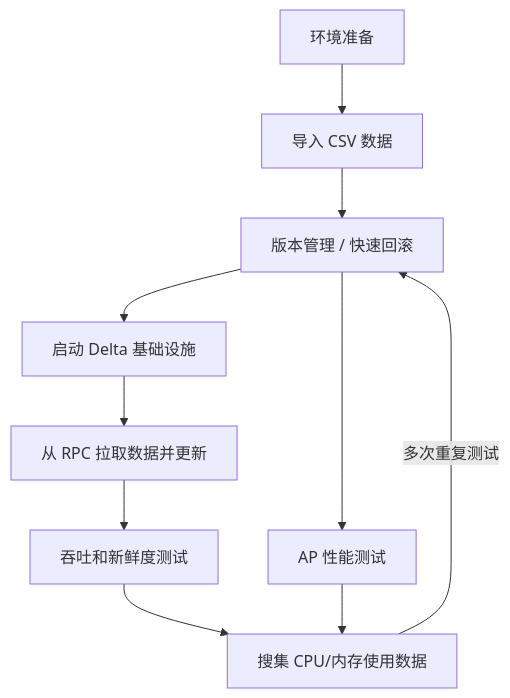
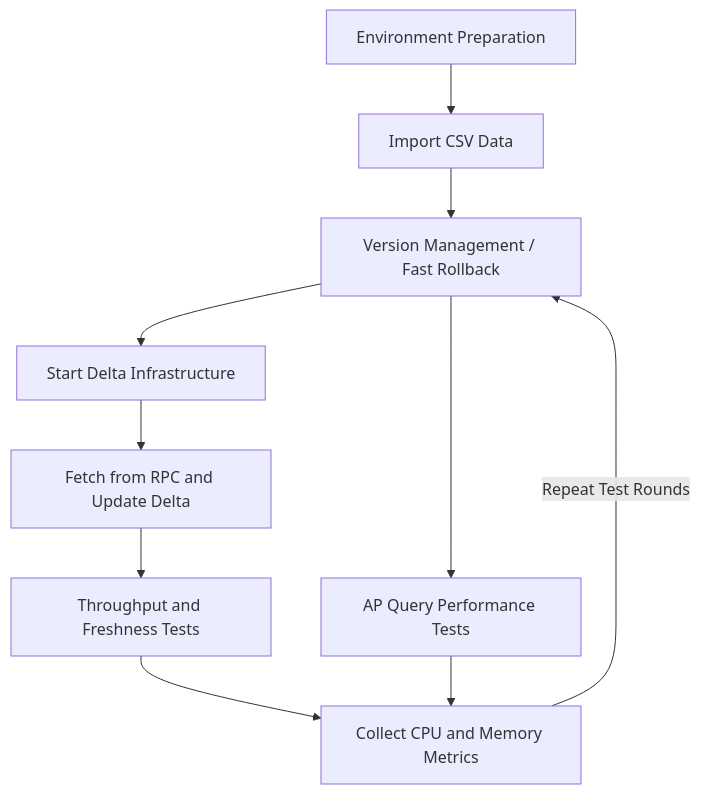
The diagram in docs/DELTA_LAKE_TEST_FLOW.md (AntiO2/pixels-spark), drawn with Mermaid before and after one commit. The commit also changed other lines of this file and 5 other files, not shown here.

````diff
--- a/docs/DELTA_LAKE_TEST_FLOW.md
+++ b/docs/DELTA_LAKE_TEST_FLOW.md
@@ -12,15 +9,14 @@
 ```mermaid
 flowchart TD
-    A[环境准备] --> C[导入 CSV 数据]
-    C --> D[版本管理 / 快速回滚]
-    D --> E[启动 Delta 基础设施]
-    E --> F[从 RPC 拉取数据并更新]
+    A[Environment Preparation] --> C[Import CSV Data]
+    C --> D[Version Management / Fast Rollback]
+    D --> E[Start Delta Infrastructure]
+    E --> F[Fetch from RPC and Update Delta]
 
-    %% 并行测试分支
-    F --> G[吞吐和新鲜度测试]
-    D --> H[AP 性能测试]
+    F --> G[Throughput and Freshness Tests]
+    D --> H[AP Query Performance Tests]
 
-    G --> I[搜集 CPU/内存使用数据]
+    G --> I[Collect CPU and Memory Metrics]
     H --> I
-    I -- 多次重复测试 --> D
+    I -- Repeat Test Rounds --> D
 ```
````
